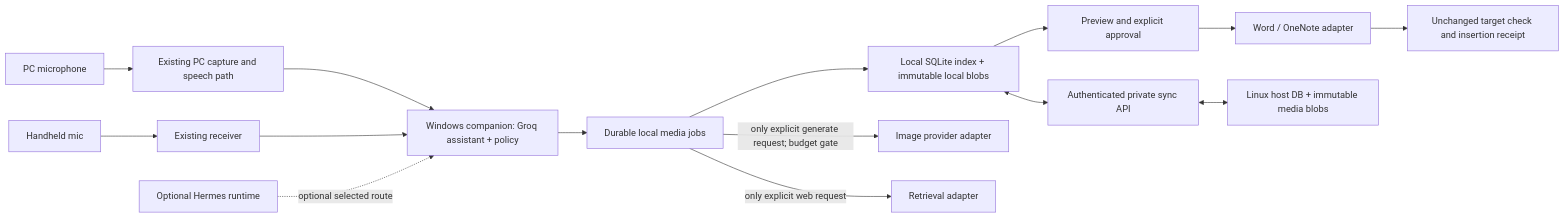
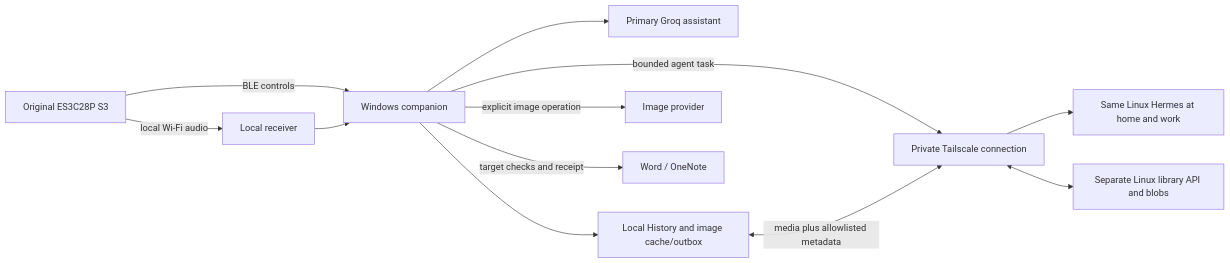
The diagram in docs/2026-10-21-companion-media-agent-master-plan.md (dsuth10/ESP32-project), drawn with Mermaid before and after one commit. The commit also changed other lines of this file and 33 other files, not shown here.

Commit message:
Consolidate S3 branch programme and permanent Hermes Tailscale plan

````diff
--- a/docs/2026-10-21-companion-media-agent-master-plan.md
+++ b/docs/2026-10-21-companion-media-agent-master-plan.md
@@ -47,17 +46,14 @@
 ```mermaid
 flowchart LR
-  PC[PC microphone] --> STT[Existing PC capture and speech path]
-  HID[Handheld mic] --> RX[Existing receiver]
-  STT --> APP[Windows companion: Groq assistant + policy]
-  RX --> APP
-  APP --> JOB[Durable local media jobs]
-  JOB --> LIB[Local SQLite index + immutable local blobs]
-  JOB -->|only explicit generate request; budget gate| IMG[Image provider adapter]
-  JOB -->|only explicit web request| WEB[Retrieval adapter]
-  LIB --> PREV[Preview and explicit approval]
-  PREV --> ADAPT[Word / OneNote adapter]
-  ADAPT --> DOC[Unchanged target check and insertion receipt]
-  LIB <--> SYNC[Authenticated private sync API]
-  SYNC <--> LINUX[Linux host DB + immutable media blobs]
-  HERMES[Optional Hermes runtime] -. optional selected route .-> APP
+  S3[Original ES3C28P S3] -->|BLE controls| PC[Windows companion]
+  S3 -->|local Wi-Fi audio| RX[Local receiver]
+  RX --> PC
+  PC --> G[Primary Groq assistant]
+  PC --> L[Local History and image cache/outbox]
+  PC -->|explicit image operation| I[Image provider]
+  PC -->|bounded agent task| TS[Private Tailscale connection]
+  TS --> H[Same Linux Hermes at home and work]
+  L <-->|media plus allowlisted metadata| TS
+  TS <--> M[Separate Linux library API and blobs]
+  PC -->|target checks and receipt| OFFICE[Word / OneNote]
 ```
````
